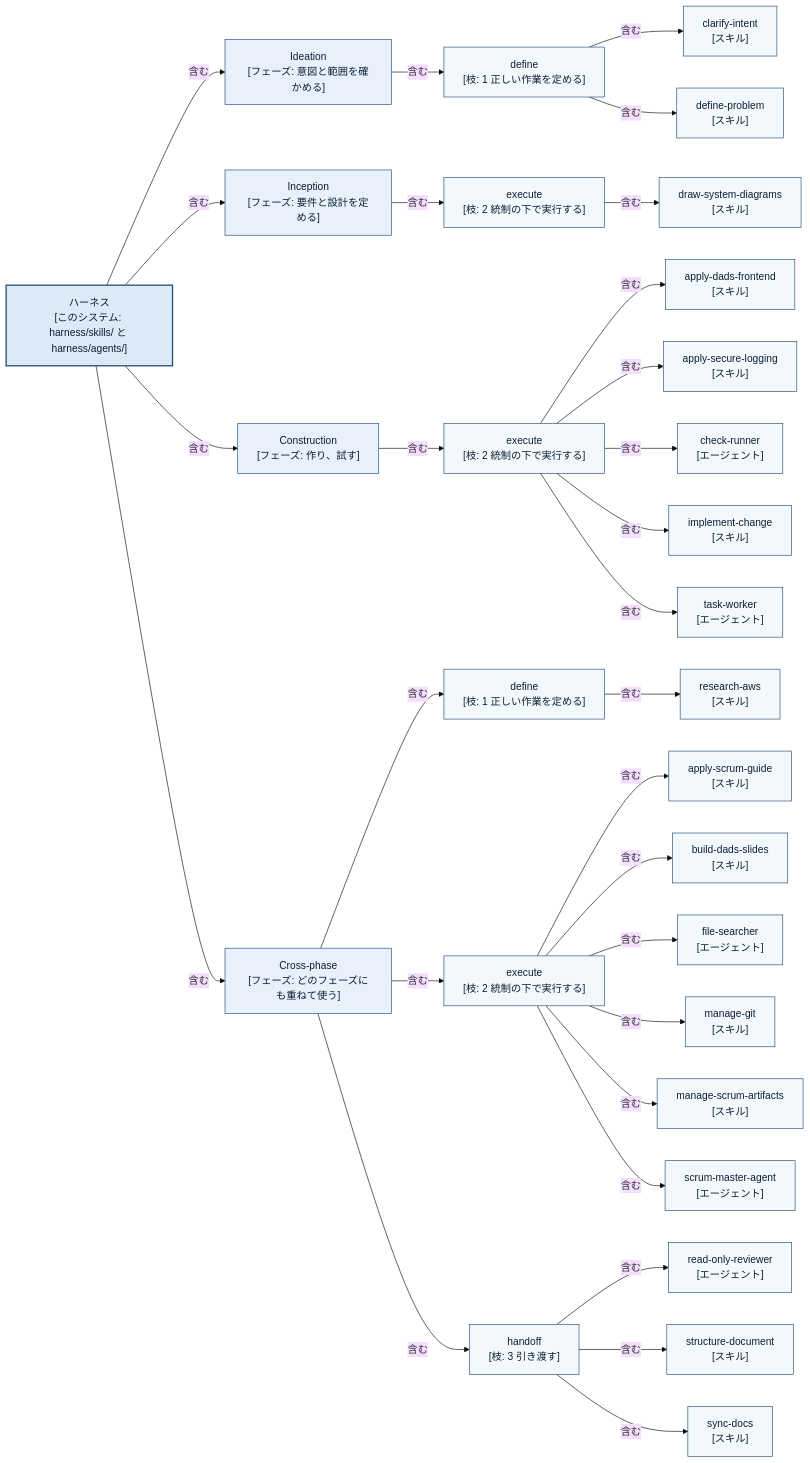
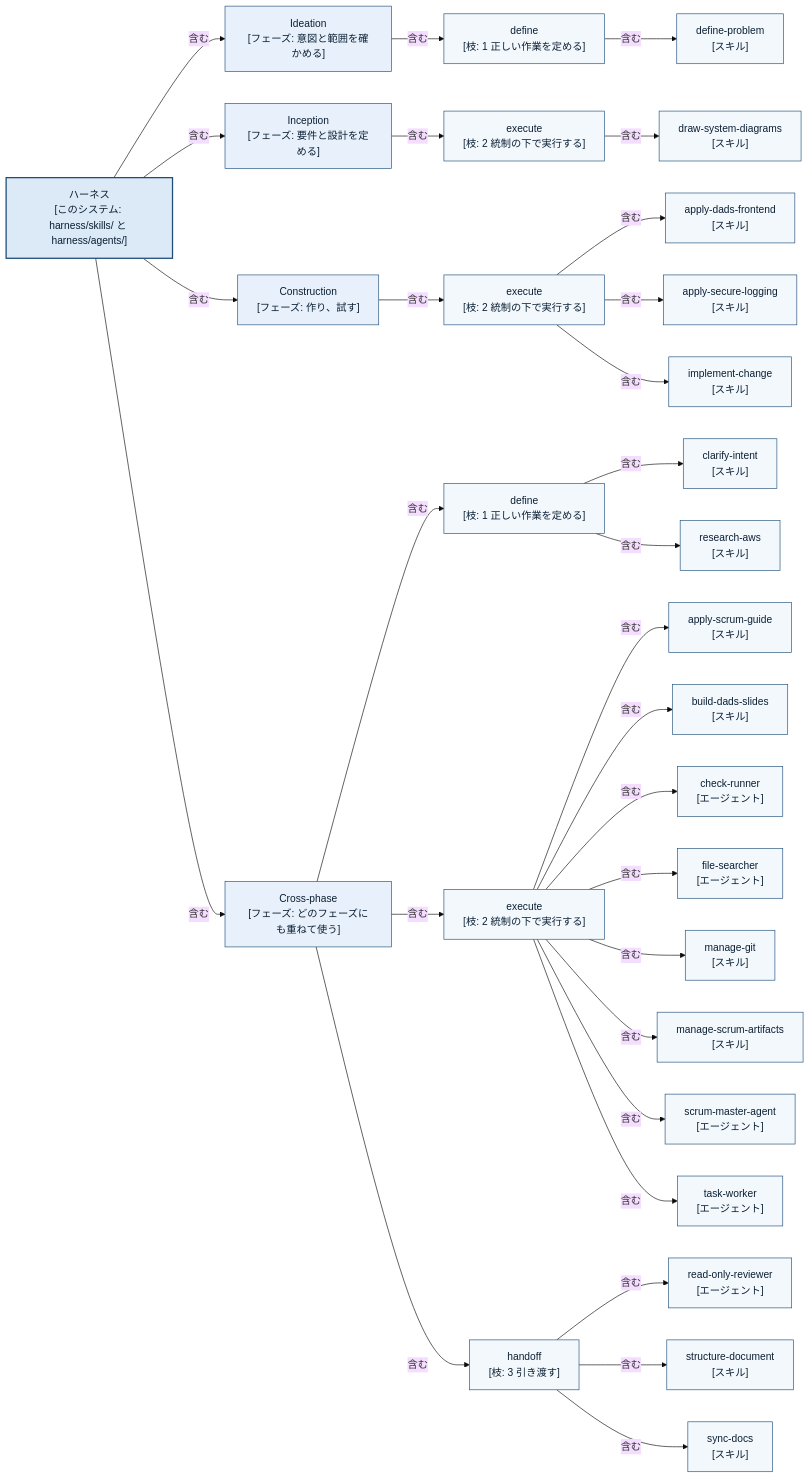
Before and after one commit to superluminal-jp/my-claude-code: the diagram in docs/harness/skill-map/03-role-tree.md, drawn with Mermaid (base theme). The commit also changed 17 other files, not shown here.

````diff
--- a/docs/harness/skill-map/03-role-tree.md
+++ b/docs/harness/skill-map/03-role-tree.md
@@ -8,65 +8,65 @@
 ```mermaid
 flowchart LR
   accTitle: コンポーネント図: フェーズの木
   accDescr: harness のスキルとエージェントを、AI-DLC のフェーズ、作業の枝、要素の3段の木に置いた図。どの要素も親は1つで、各要素の前付けの metadata.phase と metadata.branch から生成している。
   harness["ハーネス<br/>[このシステム: harness/skills/ と harness/agents/]"]:::system
   role_ideation["Ideation<br/>[フェーズ: 意図と範囲を確かめる]"]:::container
   ideation_define["define<br/>[枝: 1 正しい作業を定める]"]:::component
-  clarify_intent["clarify-intent<br/>[スキル]"]:::component
   define_problem["define-problem<br/>[スキル]"]:::component
   role_inception["Inception<br/>[フェーズ: 要件と設計を定める]"]:::container
   inception_execute["execute<br/>[枝: 2 統制の下で実行する]"]:::component
   draw_system_diagrams["draw-system-diagrams<br/>[スキル]"]:::component
   role_construction["Construction<br/>[フェーズ: 作り、試す]"]:::container
   construction_execute["execute<br/>[枝: 2 統制の下で実行する]"]:::component
   apply_dads_frontend["apply-dads-frontend<br/>[スキル]"]:::component
   apply_secure_logging["apply-secure-logging<br/>[スキル]"]:::component
-  check_runner["check-runner<br/>[エージェント]"]:::component
   implement_change["implement-change<br/>[スキル]"]:::component
-  task_worker["task-worker<br/>[エージェント]"]:::component
   role_cross_phase["Cross-phase<br/>[フェーズ: どのフェーズにも重ねて使う]"]:::container
   cross_phase_define["define<br/>[枝: 1 正しい作業を定める]"]:::component
+  clarify_intent["clarify-intent<br/>[スキル]"]:::component
   research_aws["research-aws<br/>[スキル]"]:::component
   cross_phase_execute["execute<br/>[枝: 2 統制の下で実行する]"]:::component
   apply_scrum_guide["apply-scrum-guide<br/>[スキル]"]:::component
   build_dads_slides["build-dads-slides<br/>[スキル]"]:::component
+  check_runner["check-runner<br/>[エージェント]"]:::component
   file_searcher["file-searcher<br/>[エージェント]"]:::component
   manage_git["manage-git<br/>[スキル]"]:::component
   manage_scrum_artifacts["manage-scrum-artifacts<br/>[スキル]"]:::component
   scrum_master_agent["scrum-master-agent<br/>[エージェント]"]:::component
+  task_worker["task-worker<br/>[エージェント]"]:::component
   cross_phase_handoff["handoff<br/>[枝: 3 引き渡す]"]:::component
   read_only_reviewer["read-only-reviewer<br/>[エージェント]"]:::component
   structure_document["structure-document<br/>[スキル]"]:::component
   sync_docs["sync-docs<br/>[スキル]"]:::component
   harness -->|"含む"| role_ideation
   role_ideation -->|"含む"| ideation_define
-  ideation_define -->|"含む"| clarify_intent
   ideation_define -->|"含む"| define_problem
   harness -->|"含む"| role_inception
   role_inception -->|"含む"| inception_execute
   inception_execute -->|"含む"| draw_system_diagrams
   harness -->|"含む"| role_construction
   role_construction -->|"含む"| construction_execute
   construction_execute -->|"含む"| apply_dads_frontend
   construction_execute -->|"含む"| apply_secure_logging
-  construction_execute -->|"含む"| check_runner
   construction_execute -->|"含む"| implement_change
-  construction_execute -->|"含む"| task_worker
   harness -->|"含む"| role_cross_phase
   role_cross_phase -->|"含む"| cross_phase_define
+  cross_phase_define -->|"含む"| clarify_intent
   cross_phase_define -->|"含む"| research_aws
   role_cross_phase -->|"含む"| cross_phase_execute
   cross_phase_execute -->|"含む"| apply_scrum_guide
   cross_phase_execute -->|"含む"| build_dads_slides
+  cross_phase_execute -->|"含む"| check_runner
   cross_phase_execute -->|"含む"| file_searcher
   cross_phase_execute -->|"含む"| manage_git
   cross_phase_execute -->|"含む"| manage_scrum_artifacts
   cross_phase_execute -->|"含む"| scrum_master_agent
+  cross_phase_execute -->|"含む"| task_worker
   role_cross_phase -->|"含む"| cross_phase_handoff
   cross_phase_handoff -->|"含む"| read_only_reviewer
   cross_phase_handoff -->|"含む"| structure_document
   cross_phase_handoff -->|"含む"| sync_docs
   classDef system fill:#DCE9F7,stroke:#1F4E79,stroke-width:2px,color:#0B1F33
   classDef container fill:#E8F1FB,stroke:#1F4E79,color:#0B1F33
   classDef component fill:#F3F8FD,stroke:#1F4E79,color:#0B1F33
 ```
````
